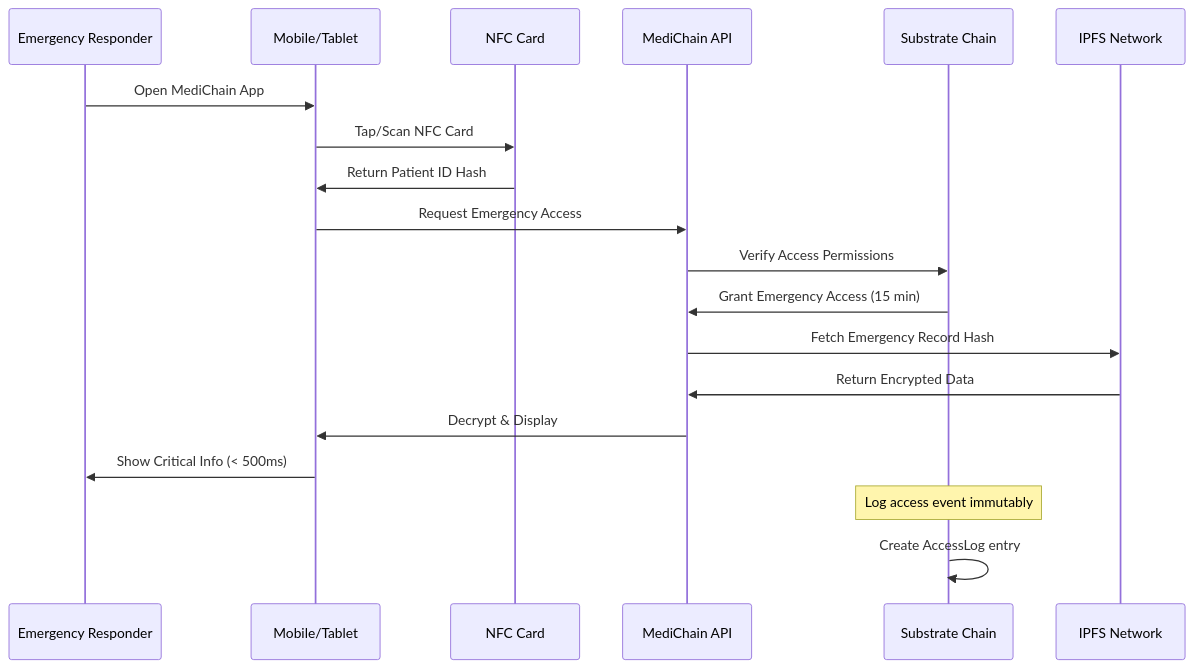
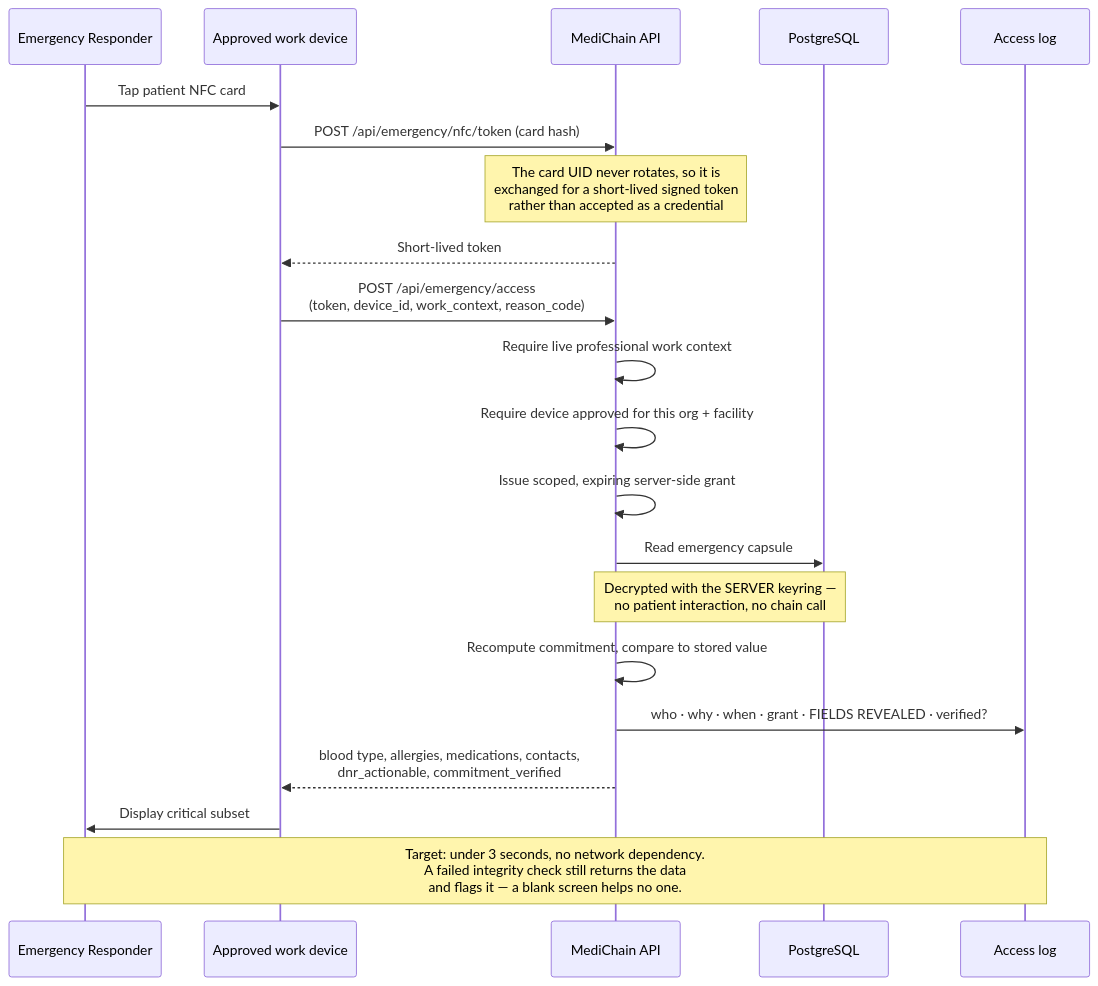
Before and after one commit to Lukau-Tech-Invasion/medichain: the first of 6 diagrams in docs/medichain_master_plan.md, drawn with Mermaid. The commit also changed other lines of this file and 33 other files, not shown here.

First line of the commit message:
docs: rewrite architecture documentation, add ADRs and diagrams

````diff
--- a/docs/medichain_master_plan.md
+++ b/docs/medichain_master_plan.md
@@ -325,23 +340,28 @@
 ```mermaid
 sequenceDiagram
     participant EMT as Emergency Responder
-    participant Device as Mobile/Tablet
-    participant NFC as NFC Card
+    participant Device as Approved work device
     participant API as MediChain API
-    participant Chain as Substrate Chain
-    participant IPFS as IPFS Network
+    participant PG as PostgreSQL
+    participant Log as Access log
 
-    EMT->>Device: Open MediChain App
-    Device->>NFC: Tap/Scan NFC Card
-    NFC->>Device: Return Patient ID Hash
-    Device->>API: Request Emergency Access
-    API->>Chain: Verify Access Permissions
-    Chain->>API: Grant Emergency Access (15 min)
-    API->>IPFS: Fetch Emergency Record Hash
-    IPFS->>API: Return Encrypted Data
-    API->>Device: Decrypt & Display
-    Device->>EMT: Show Critical Info (< 500ms)
-    
-    Note over Chain: Log access event immutably
-    Chain->>Chain: Create AccessLog entry
+    EMT->>Device: Tap patient NFC card
+    Device->>API: POST /api/emergency/nfc/token (card hash)
+    Note over API: The card UID never rotates, so it is<br/>exchanged for a short-lived signed token<br/>rather than accepted as a credential
+    API-->>Device: Short-lived token
+
+    Device->>API: POST /api/emergency/access<br/>(token, device_id, work_context, reason_code)
+    API->>API: Require live professional work context
+    API->>API: Require device approved for this org + facility
+    API->>API: Issue scoped, expiring server-side grant
+
+    API->>PG: Read emergency capsule
+    Note over API,PG: Decrypted with the SERVER keyring —<br/>no patient interaction, no chain call
+    API->>API: Recompute commitment, compare to stored value
+
+    API->>Log: who · why · when · grant · FIELDS REVEALED · verified?
+    API-->>Device: blood type, allergies, medications, contacts,<br/>dnr_actionable, commitment_verified
+    Device->>EMT: Display critical subset
+
+    Note over EMT,Log: Target: under 3 seconds, no network dependency.<br/>A failed integrity check still returns the data<br/>and flags it — a blank screen helps no one.
 ```
````
